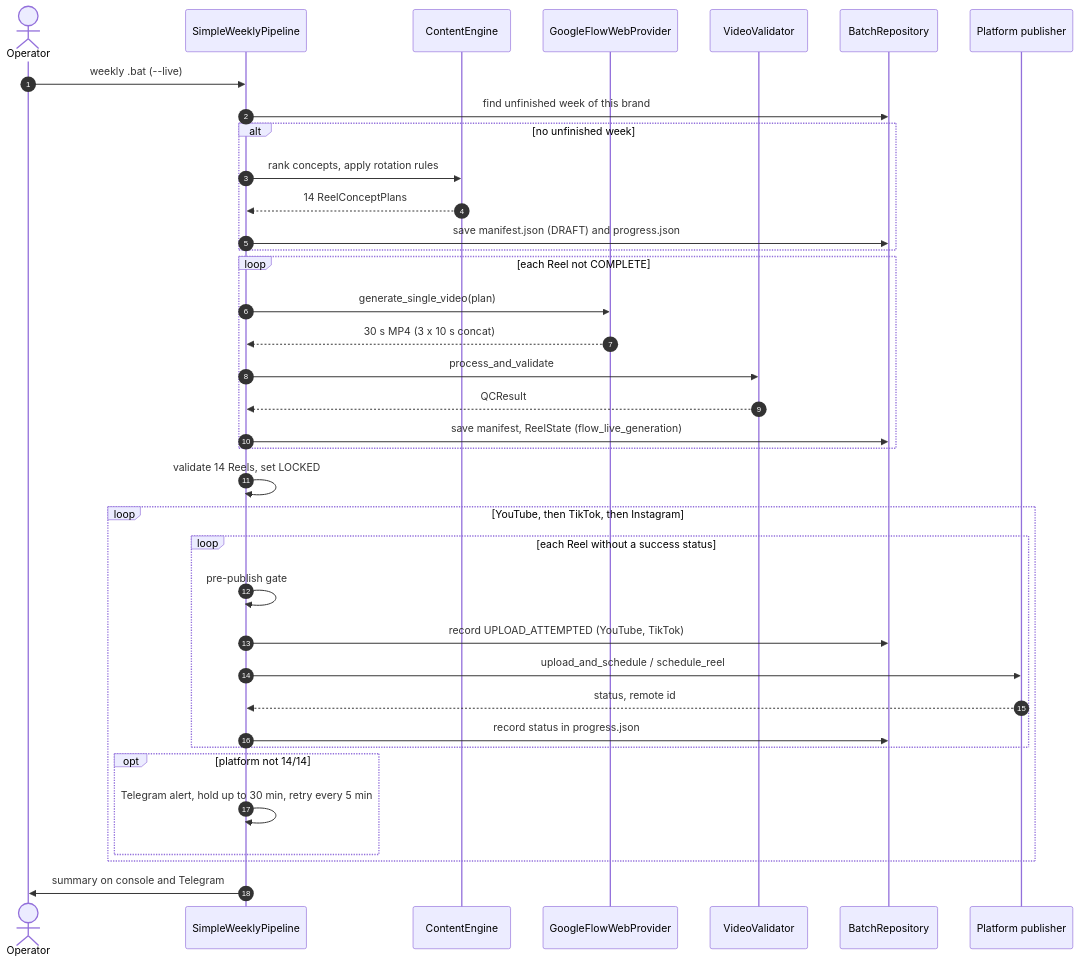
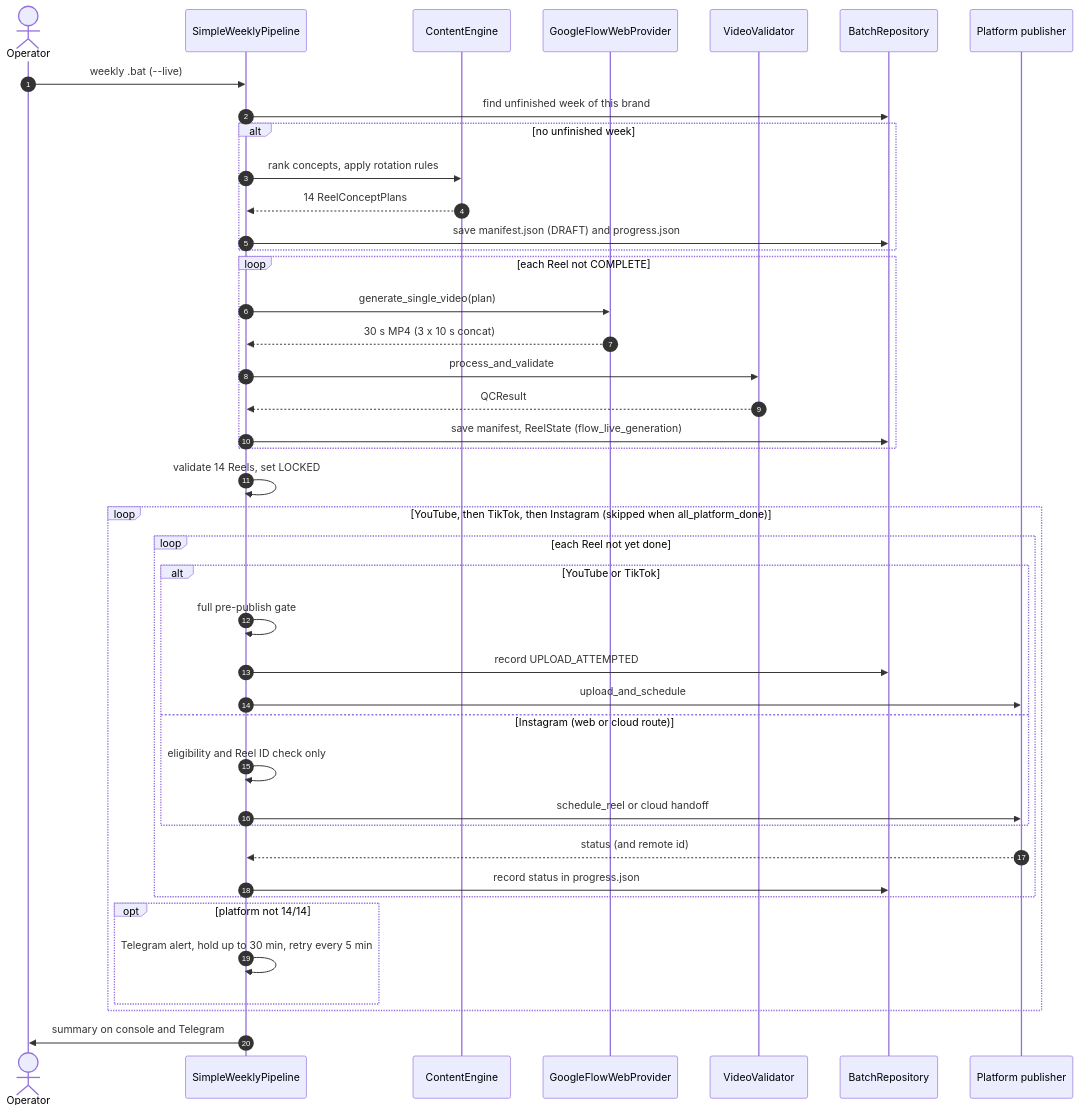
Before and after one commit to CoskunerBerke/otomasyon_3: the second of 5 diagrams in docs/HOW_IT_WORKS.md, drawn with Mermaid. The commit also changed other lines of this file, not shown here.

First line of the commit message:
docs: correct rehearsal, gate and prompt claims in HOW_IT_WORKS

````diff
--- a/docs/HOW_IT_WORKS.md
+++ b/docs/HOW_IT_WORKS.md
@@ -126,39 +128,44 @@
 ```mermaid
 sequenceDiagram
     autonumber
     actor Op as Operator
     participant P as SimpleWeeklyPipeline
     participant C as ContentEngine
     participant F as GoogleFlowWebProvider
     participant V as VideoValidator
     participant R as BatchRepository
     participant Pub as Platform publisher
     Op->>P: weekly .bat (--live)
     P->>R: find unfinished week of this brand
     alt no unfinished week
         P->>C: rank concepts, apply rotation rules
         C-->>P: 14 ReelConceptPlans
         P->>R: save manifest.json (DRAFT) and progress.json
     end
     loop each Reel not COMPLETE
         P->>F: generate_single_video(plan)
         F-->>P: 30 s MP4 (3 x 10 s concat)
         P->>V: process_and_validate
         V-->>P: QCResult
         P->>R: save manifest, ReelState (flow_live_generation)
     end
     P->>P: validate 14 Reels, set LOCKED
-    loop YouTube, then TikTok, then Instagram
-        loop each Reel without a success status
-            P->>P: pre-publish gate
-            P->>R: record UPLOAD_ATTEMPTED (YouTube, TikTok)
-            P->>Pub: upload_and_schedule / schedule_reel
-            Pub-->>P: status, remote id
+    loop YouTube, then TikTok, then Instagram (skipped when all_platform_done)
+        loop each Reel not yet done
+            alt YouTube or TikTok
+                P->>P: full pre-publish gate
+                P->>R: record UPLOAD_ATTEMPTED
+                P->>Pub: upload_and_schedule
+            else Instagram (web or cloud route)
+                P->>P: eligibility and Reel ID check only
+                P->>Pub: schedule_reel or cloud handoff
+            end
+            Pub-->>P: status (and remote id)
             P->>R: record status in progress.json
         end
         opt platform not 14/14
             P->>P: Telegram alert, hold up to 30 min, retry every 5 min
         end
     end
     P->>Op: summary on console and Telegram
 ```
````
